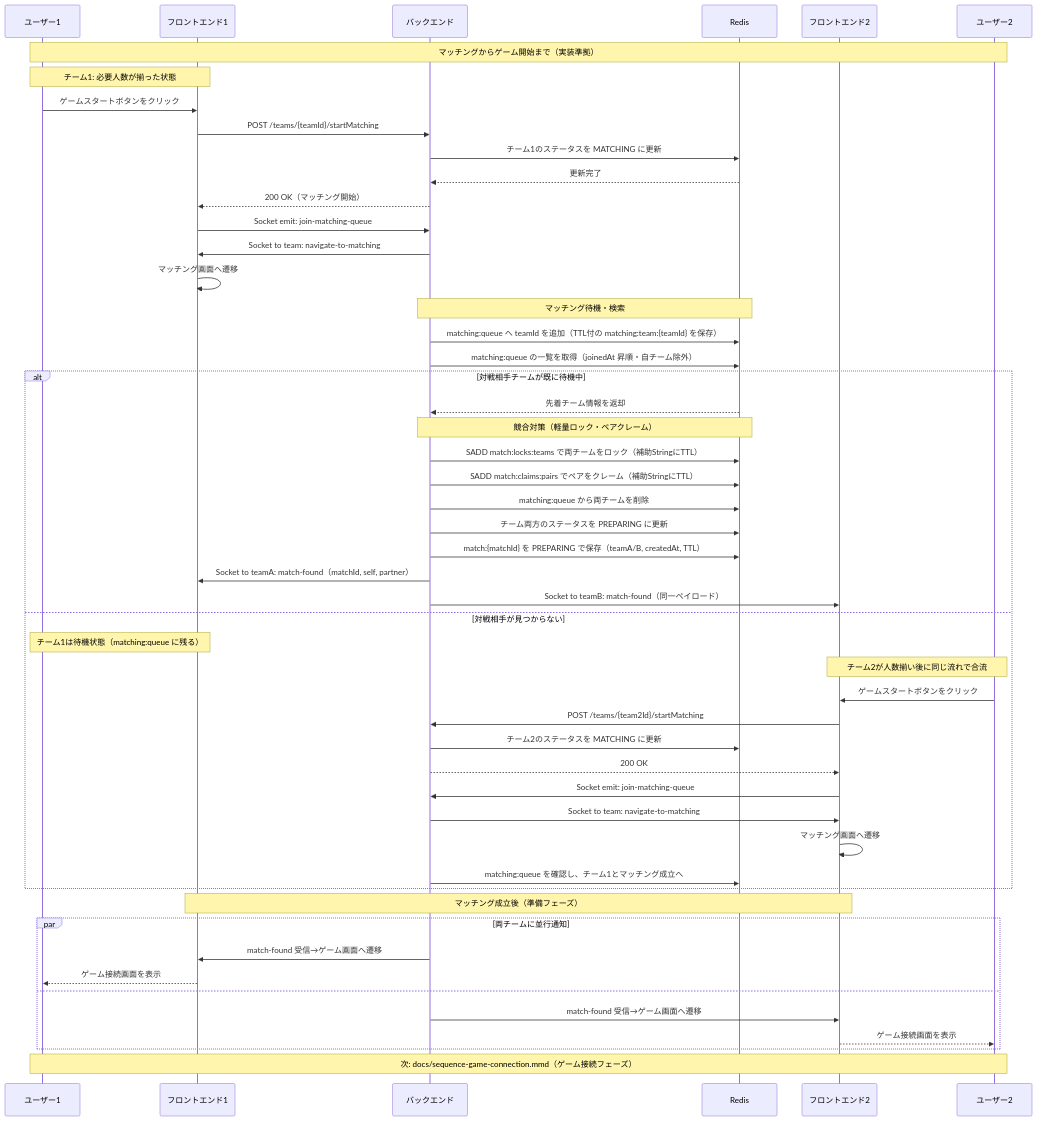
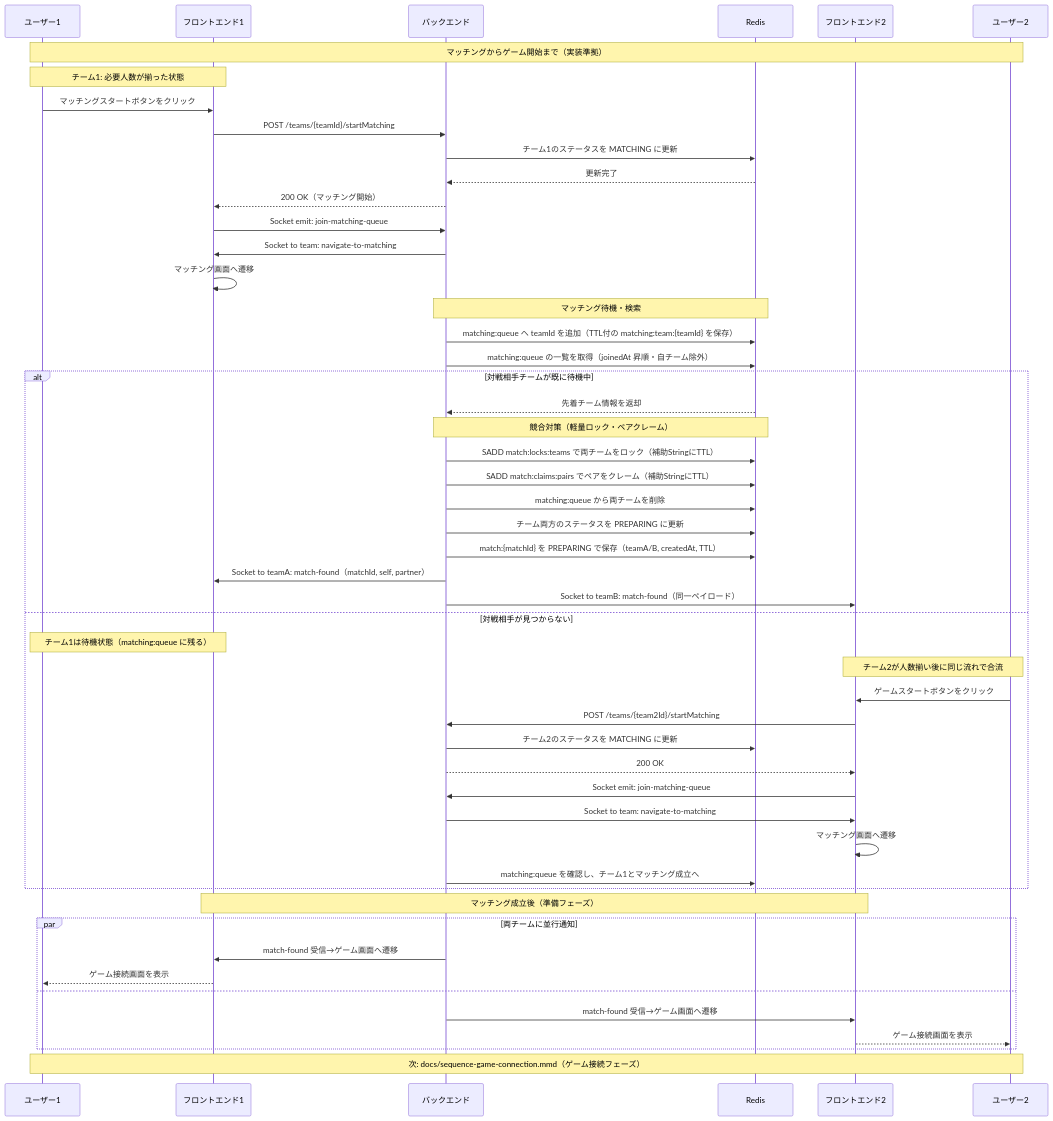
The diagram in docs/sequence-matching-to-game.mmd (kotek-7/minpuzz), drawn with Mermaid before and after one commit.

Commit message:
ちょっとだけドキュメント修正

```diff
--- a/docs/sequence-matching-to-game.mmd
+++ b/docs/sequence-matching-to-game.mmd
@@ -1,59 +1,59 @@
 %%{init: {'theme':'default', 'themeVariables': {'primaryColor': '#4f46e5', 'primaryTextColor': '#fff', 'primaryBorderColor': '#3730a3', 'lineColor': '#374151', 'secondaryColor': '#e5e7eb', 'tertiaryColor': '#f3f4f6'}}}%%
 
 sequenceDiagram
     participant U1 as ユーザー1
     participant F1 as フロントエンド1
     participant B as バックエンド
     participant R as Redis
     participant F2 as フロントエンド2
     participant U2 as ユーザー2
 
     Note over U1,U2: マッチングからゲーム開始まで（実装準拠）
 
     Note over U1,F1: チーム1: 必要人数が揃った状態
-    U1->>F1: ゲームスタートボタンをクリック
+    U1->>F1: マッチングスタートボタンをクリック
     F1->>B: POST /teams/{teamId}/startMatching
     B->>R: チーム1のステータスを MATCHING に更新
     R-->>B: 更新完了
     B-->>F1: 200 OK（マッチング開始）
     F1->>B: Socket emit: join-matching-queue
     B->>F1: Socket to team: navigate-to-matching
     F1->>F1: マッチング画面へ遷移
 
     Note over B,R: マッチング待機・検索
     B->>R: matching:queue へ teamId を追加（TTL付の matching:team:{teamId} を保存）
     B->>R: matching:queue の一覧を取得（joinedAt 昇順・自チーム除外）
 
     alt 対戦相手チームが既に待機中
         R-->>B: 先着チーム情報を返却
         Note over B,R: 競合対策（軽量ロック・ペアクレーム）
         B->>R: SADD match:locks:teams で両チームをロック（補助StringにTTL）
         B->>R: SADD match:claims:pairs でペアをクレーム（補助StringにTTL）
         B->>R: matching:queue から両チームを削除
         B->>R: チーム両方のステータスを PREPARING に更新
         B->>R: match:{matchId} を PREPARING で保存（teamA/B, createdAt, TTL）
         B->>F1: Socket to teamA: match-found（matchId, self, partner）
         B->>F2: Socket to teamB: match-found（同一ペイロード）
     else 対戦相手が見つからない
         Note over U1,F1: チーム1は待機状態（matching:queue に残る）
         Note over U2,F2: チーム2が人数揃い後に同じ流れで合流
         U2->>F2: ゲームスタートボタンをクリック
         F2->>B: POST /teams/{team2Id}/startMatching
         B->>R: チーム2のステータスを MATCHING に更新
         B-->>F2: 200 OK
         F2->>B: Socket emit: join-matching-queue
         B->>F2: Socket to team: navigate-to-matching
         F2->>F2: マッチング画面へ遷移
         B->>R: matching:queue を確認し、チーム1とマッチング成立へ
     end
 
     Note over F1,F2: マッチング成立後（準備フェーズ）
     par 両チームに並行通知
         B->>F1: match-found 受信→ゲーム画面へ遷移
         F1-->>U1: ゲーム接続画面を表示
     and
         B->>F2: match-found 受信→ゲーム画面へ遷移
         F2-->>U2: ゲーム接続画面を表示
     end
 
     Note over U1,U2: 次: docs/sequence-game-connection.mmd（ゲーム接続フェーズ）
```
